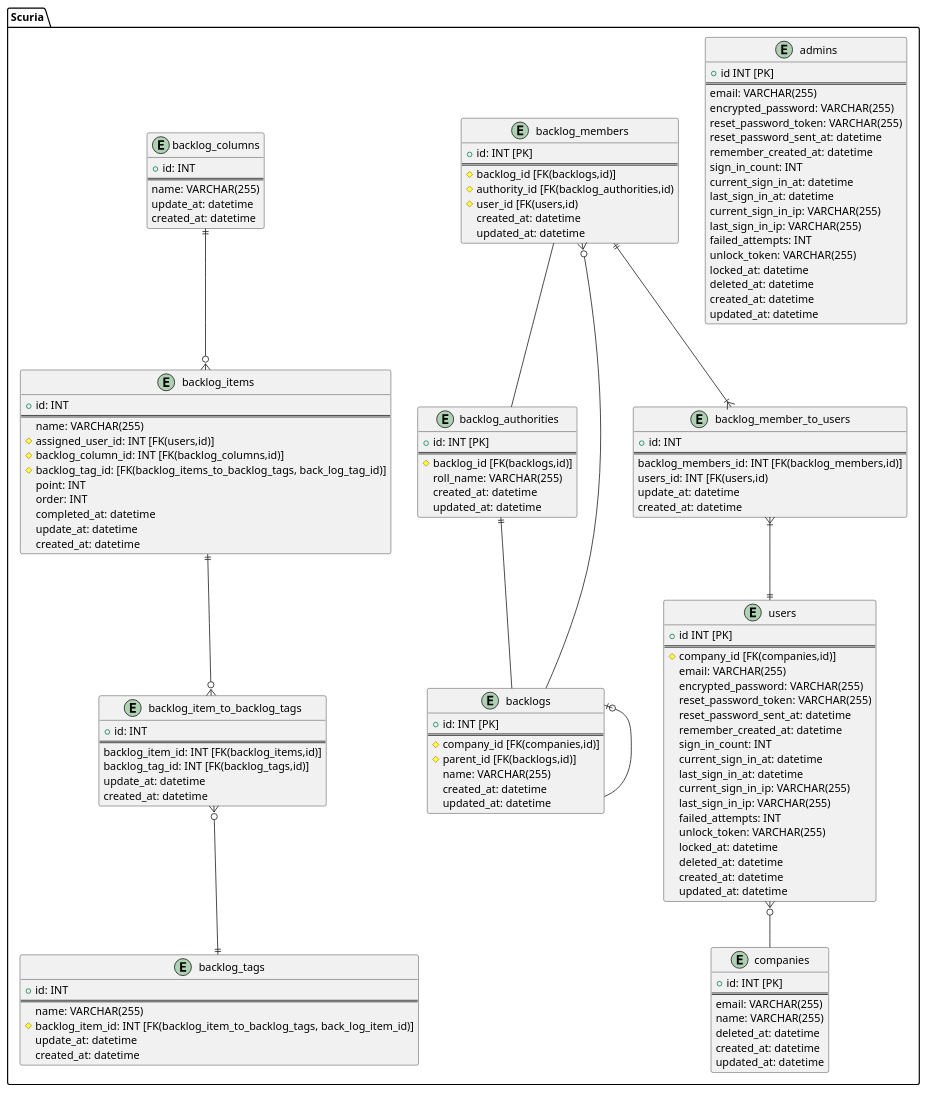
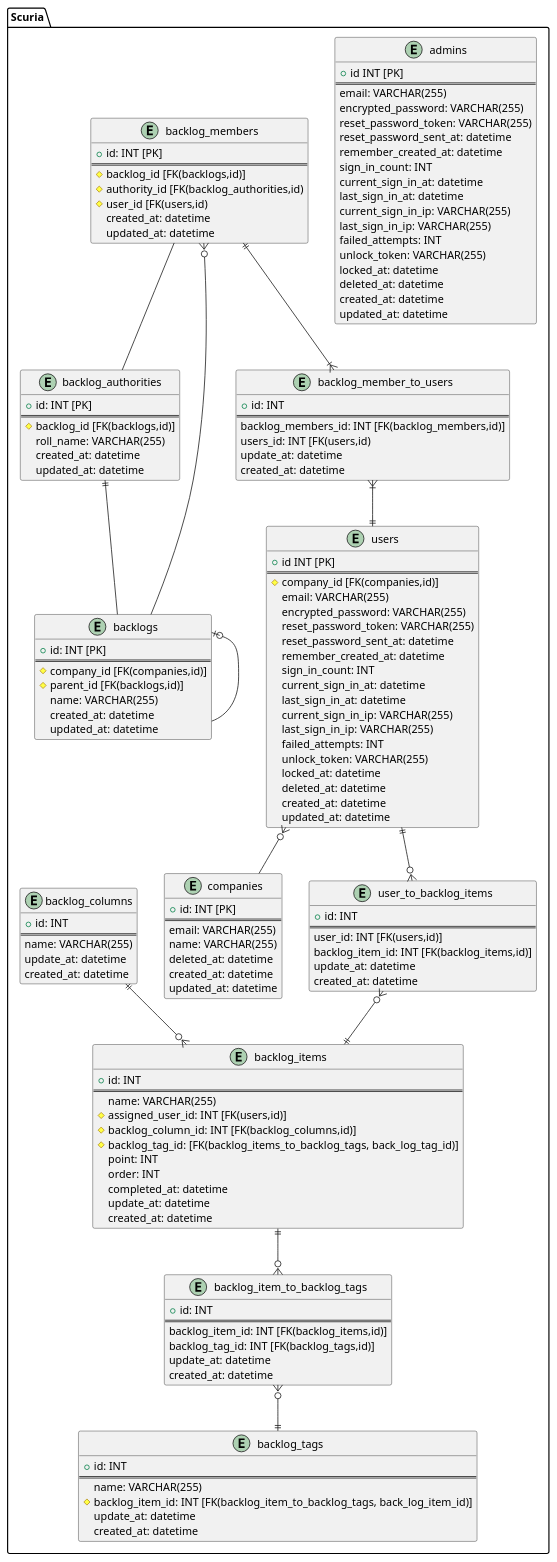
One commit to slill33/Scuria changed the diagram in docs/er.pu. Above: the diagram before and after it, drawn with PlantUML.

```diff
--- a/docs/er.pu
+++ b/docs/er.pu
@@ -1,158 +1,170 @@
 @startuml
 
 ' hide the spot
 ' hide circle
 
 ' avoid problems with angled crows feet
 ' skinparam linetype ortho
 
 
 package "Scuria" {
   entity "users" {
     + id INT [PK]
     ==
     # company_id [FK(companies,id)]
     email: VARCHAR(255)
     encrypted_password: VARCHAR(255)
     reset_password_token: VARCHAR(255)
     reset_password_sent_at: datetime
     remember_created_at: datetime
     sign_in_count: INT
     current_sign_in_at: datetime
     last_sign_in_at: datetime
     current_sign_in_ip: VARCHAR(255)
     last_sign_in_ip: VARCHAR(255)
     failed_attempts: INT
     unlock_token: VARCHAR(255)
     locked_at: datetime
     deleted_at: datetime
     created_at: datetime
     updated_at: datetime
   }
 
   entity "admins" {
      + id INT [PK]
     ==
     email: VARCHAR(255)
     encrypted_password: VARCHAR(255)
     reset_password_token: VARCHAR(255)
     reset_password_sent_at: datetime
     remember_created_at: datetime
     sign_in_count: INT
     current_sign_in_at: datetime
     last_sign_in_at: datetime
     current_sign_in_ip: VARCHAR(255)
     last_sign_in_ip: VARCHAR(255)
     failed_attempts: INT
     unlock_token: VARCHAR(255)
     locked_at: datetime
     deleted_at: datetime
     created_at: datetime
     updated_at: datetime
   }
 
   entity "companies" {
     + id: INT [PK]
     ==
     email: VARCHAR(255)
     name: VARCHAR(255)
     deleted_at: datetime
     created_at: datetime
     updated_at: datetime
   }
 
   entity "backlog_authorities" {
     + id: INT [PK]
     ==
     # backlog_id [FK(backlogs,id)]
     roll_name: VARCHAR(255)
     created_at: datetime
     updated_at: datetime
   }
 
   entity "backlogs" {
     + id: INT [PK]
     ==
     # company_id [FK(companies,id)]
     # parent_id [FK(backlogs,id)] 
     name: VARCHAR(255)
     created_at: datetime
     updated_at: datetime 
   }
 
   entity "backlog_members" {
     + id: INT [PK]
     ==
     # backlog_id [FK(backlogs,id)]
     # authority_id [FK(backlog_authorities,id)
     # user_id [FK(users,id) 
     created_at: datetime
     updated_at: datetime
   }
 
   entity "backlog_columns" {
     +id: INT
     ==
     name: VARCHAR(255)
     update_at: datetime
     created_at: datetime
   }
 
 
   entity "backlog_items" {
     +id: INT
     ==
     name: VARCHAR(255)
     # assigned_user_id: INT [FK(users,id)]
     # backlog_column_id: INT [FK(backlog_columns,id)]
     # backlog_tag_id: [FK(backlog_items_to_backlog_tags, back_log_tag_id)]
     point: INT
     order: INT
     completed_at: datetime
     update_at: datetime
     created_at: datetime
   }
 
   entity "backlog_item_to_backlog_tags" {
     +id: INT
     ==
     backlog_item_id: INT [FK(backlog_items,id)]
     backlog_tag_id: INT [FK(backlog_tags,id)]
     update_at: datetime
     created_at: datetime
   }
   entity "backlog_member_to_users" {
     +id: INT
     ==
     backlog_members_id: INT [FK(backlog_members,id)]
     users_id: INT [FK(users,id)
     update_at: datetime
     created_at: datetime
   }
 
   entity "backlog_tags" {
     +id: INT
     ==
     name: VARCHAR(255)
     # backlog_item_id: INT [FK(backlog_item_to_backlog_tags, back_log_item_id)]
     update_at: datetime
     created_at: datetime
   }
 
+  entity "user_to_backlog_items" {
+    +id: INT
+    ==
+    user_id: INT [FK(users,id)]
+    backlog_item_id: INT [FK(backlog_items,id)]
+    update_at: datetime
+    created_at: datetime
+  }
+
 
   users }o-- companies
   backlog_authorities ||-- backlogs
   backlogs |o-- backlogs
   backlog_members }o-- backlogs
   backlog_members -- backlog_authorities
 
   backlog_columns ||--o{ backlog_items
   backlog_items ||--o{ backlog_item_to_backlog_tags
   backlog_item_to_backlog_tags }o--||backlog_tags
   backlog_members ||--|{ backlog_member_to_users
   backlog_member_to_users}|--||users
 
+  users ||--o{ user_to_backlog_items
+  user_to_backlog_items }o--|| backlog_items
+
 }
 
 
 @enduml
```
